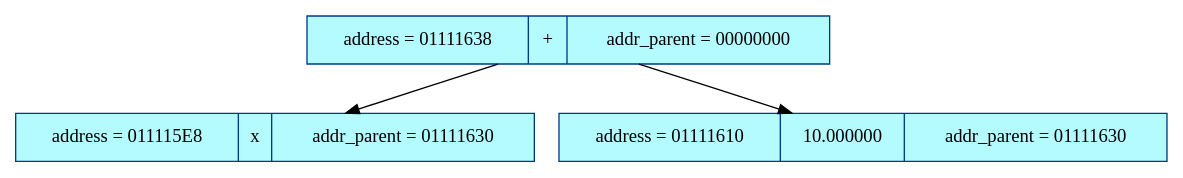
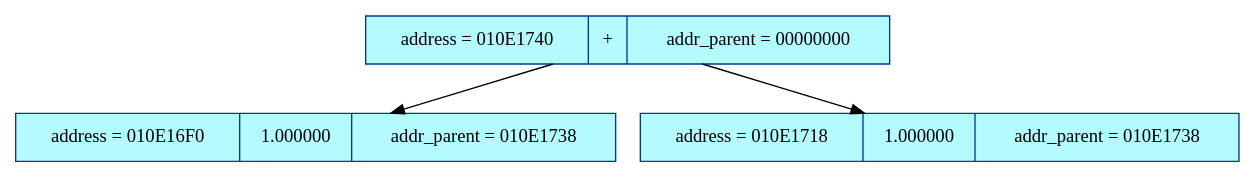
One commit to Dariazeml1007/Diff changed the diagram in dump.dot. Above: the diagram before and after it, drawn with Graphviz. The commit also changed 7 other files, not shown here.

```diff
--- a/dump.dot
+++ b/dump.dot
@@ -1,11 +1,11 @@
 digraph structs {
 rankdir=HR;
 node[color= "#003A8C",style="filled", fillcolor="#B4FBFF", fontsize=14];
 edge[color="black", weight = 9,fontsize=14];
-el_01111638 [shape=record, label= "address = 01111638|+ | addr_parent = 00000000"];
-el_011115E8 [shape=record, label= "address = 011115E8|x| addr_parent = 01111630"];
-el_01111610 [shape=record, label= "address = 01111610|10.000000| addr_parent = 01111630"];
-el_01111638->el_011115E8;
-el_01111638->el_01111610;
+el_010E1740 [shape=record, label= "address = 010E1740|+ | addr_parent = 00000000"];
+el_010E16F0 [shape=record, label= "address = 010E16F0|1.000000| addr_parent = 010E1738"];
+el_010E1718 [shape=record, label= "address = 010E1718|1.000000| addr_parent = 010E1738"];
+el_010E1740->el_010E16F0;
+el_010E1740->el_010E1718;
 
 }
```
